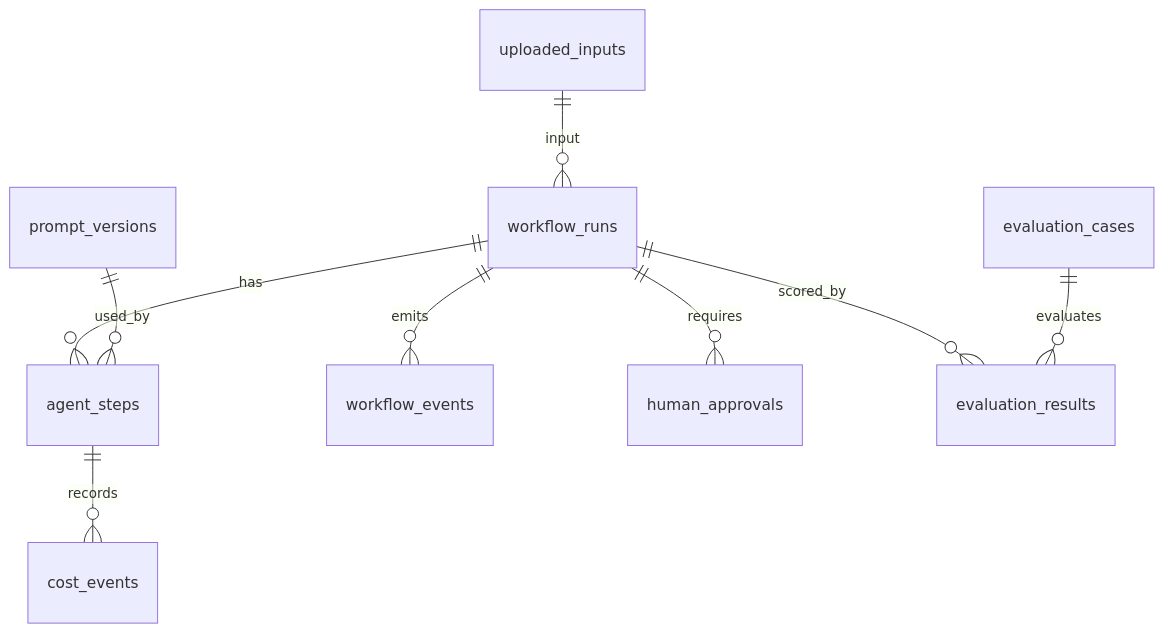
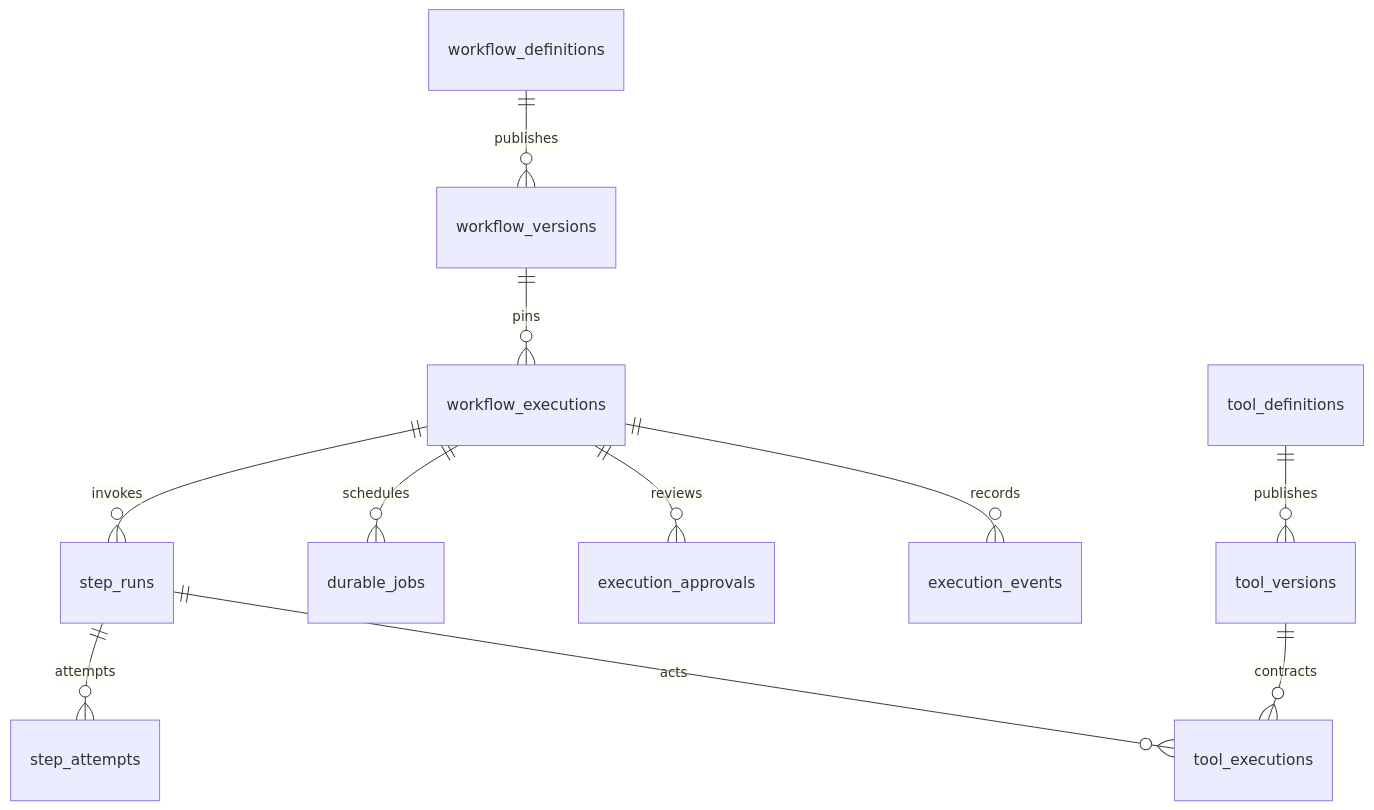
The third of 3 diagrams in docs/ARCHITECTURE.md (christiankfoury/agentops-workflow-platform), drawn with Mermaid before and after one commit. The commit also changed other lines of this file and 27 other files, not shown here.

First line of the commit message:
docs: reconcile durable platform architecture and evidence

````diff
--- a/docs/ARCHITECTURE.md
+++ b/docs/ARCHITECTURE.md
@@ -91,11 +116,13 @@
 ```mermaid
 erDiagram
-    uploaded_inputs ||--o{ workflow_runs : input
-    workflow_runs ||--o{ agent_steps : has
-    workflow_runs ||--o{ workflow_events : emits
-    workflow_runs ||--o{ human_approvals : requires
-    workflow_runs ||--o{ evaluation_results : scored_by
-    evaluation_cases ||--o{ evaluation_results : evaluates
-    prompt_versions ||--o{ agent_steps : used_by
-    agent_steps ||--o{ cost_events : records
+    workflow_definitions ||--o{ workflow_versions : publishes
+    workflow_versions ||--o{ workflow_executions : pins
+    workflow_executions ||--o{ step_runs : invokes
+    step_runs ||--o{ step_attempts : attempts
+    workflow_executions ||--o{ durable_jobs : schedules
+    workflow_executions ||--o{ execution_approvals : reviews
+    workflow_executions ||--o{ execution_events : records
+    step_runs ||--o{ tool_executions : acts
+    tool_definitions ||--o{ tool_versions : publishes
+    tool_versions ||--o{ tool_executions : contracts
 ```
````
